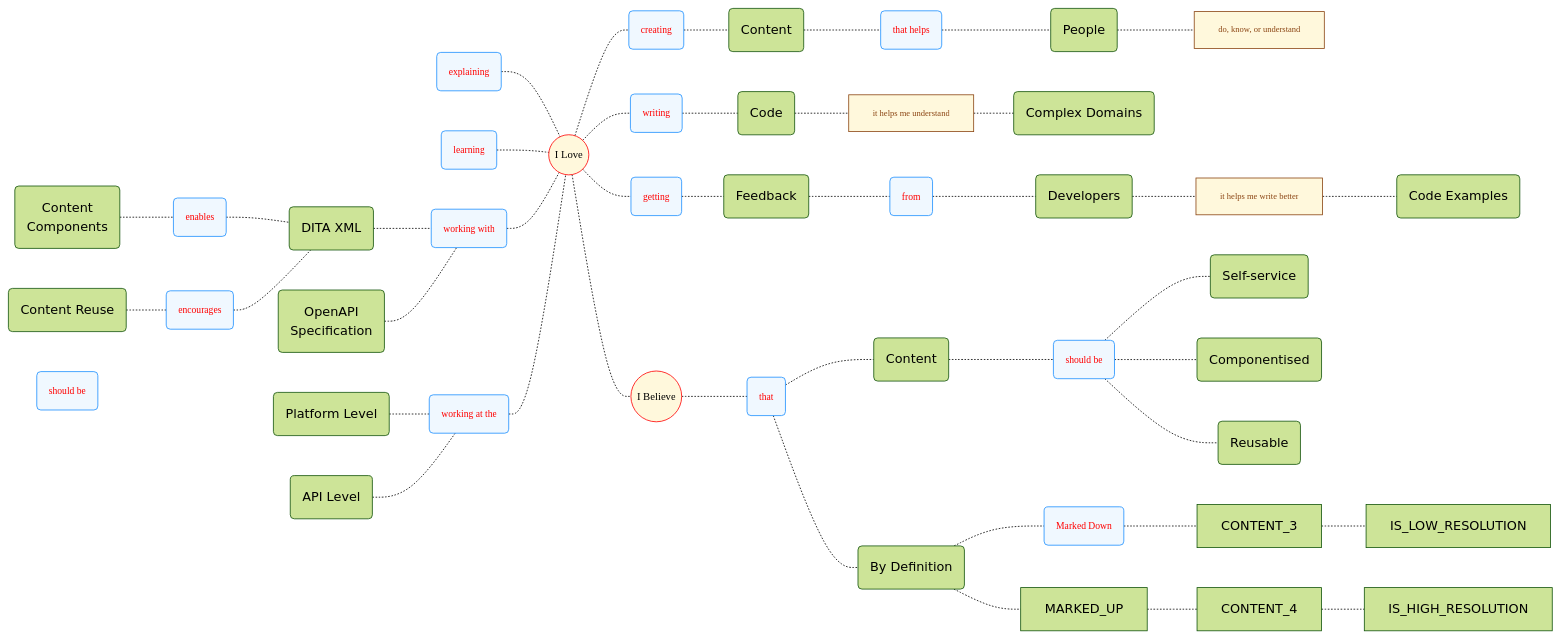
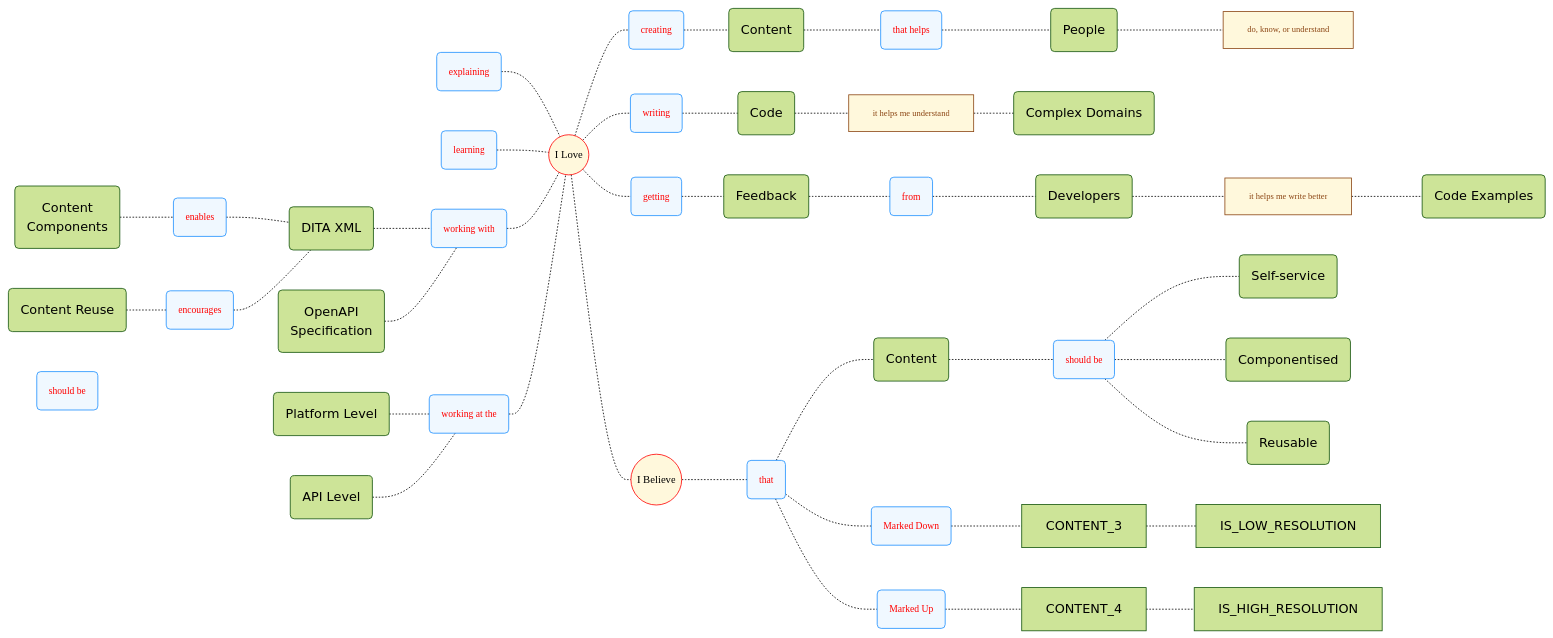
Before and after one commit to joe-dorward/samples: the diagram in my_mindmap.md, drawn with Mermaid.

````diff
--- a/my_mindmap.md
+++ b/my_mindmap.md
@@ -102,10 +102,13 @@
 SHOULD_BE-.-REUSABLE
 
 %% ---------- ---------- ---------- ---------- ----------
-BY_DEFINITION("By Definition")
 MARKED_DOWN("Marked Down")
+MARKED_UP("Marked Up")
+
 THAT-.-
-BY_DEFINITION-.-MARKED_DOWN-.-CONTENT_3-.-IS_LOW_RESOLUTION
-BY_DEFINITION-.-MARKED_UP-.-CONTENT_4-.-IS_HIGH_RESOLUTION
-class MARKED_DOWN Verb;
+MARKED_DOWN-.-CONTENT_3-.-IS_LOW_RESOLUTION
+THAT-.-
+MARKED_UP-.-CONTENT_4-.-IS_HIGH_RESOLUTION
+
+class MARKED_DOWN,MARKED_UP Verb;
 ```
````
